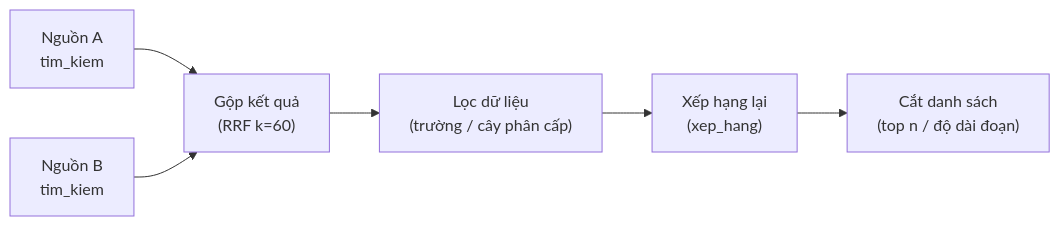
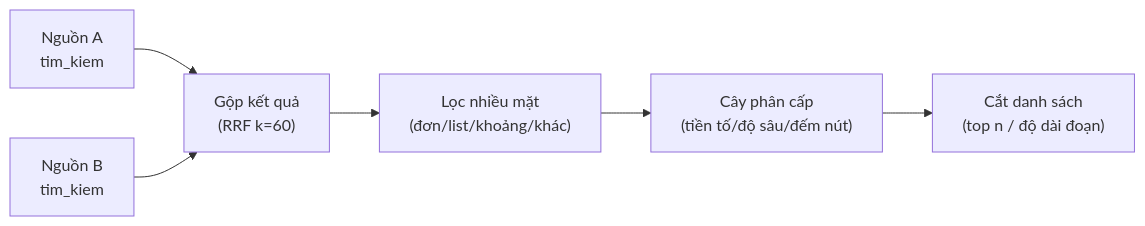
One commit to TriTue2011/web2api changed the third of 7 diagrams in docs/THAM-CHIEU.md. Above: the diagram before and after it, drawn with Mermaid. The commit also changed other lines of this file and 8 other files, not shown here.

````diff
--- a/docs/THAM-CHIEU.md
+++ b/docs/THAM-CHIEU.md
@@ -133,8 +133,8 @@
 ```mermaid
 flowchart LR
   N1["Nguồn A<br/>tim_kiem"] --> GOP["Gộp kết quả<br/>(RRF k=60)"]
   N2["Nguồn B<br/>tim_kiem"] --> GOP
-  GOP --> LOC["Lọc dữ liệu<br/>(trường / cây phân cấp)"]
-  LOC --> XEP["Xếp hạng lại<br/>(xep_hang)"]
-  XEP --> CAT["Cắt danh sách<br/>(top n / độ dài đoạn)"]
+  GOP --> LOC["Lọc nhiều mặt<br/>(đơn/list/khoảng/khác)"]
+  LOC --> CAY["Cây phân cấp<br/>(tiền tố/độ sâu/đếm nút)"]
+  CAY --> CAT["Cắt danh sách<br/>(top n / độ dài đoạn)"]
 ```
````
